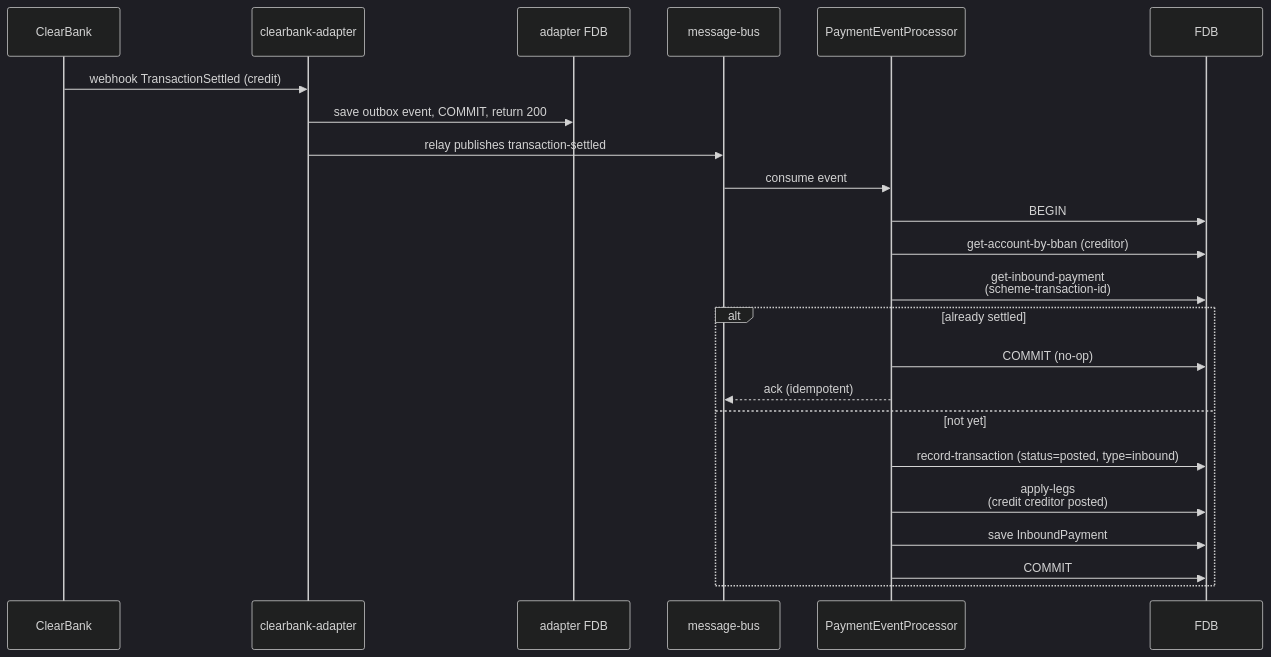
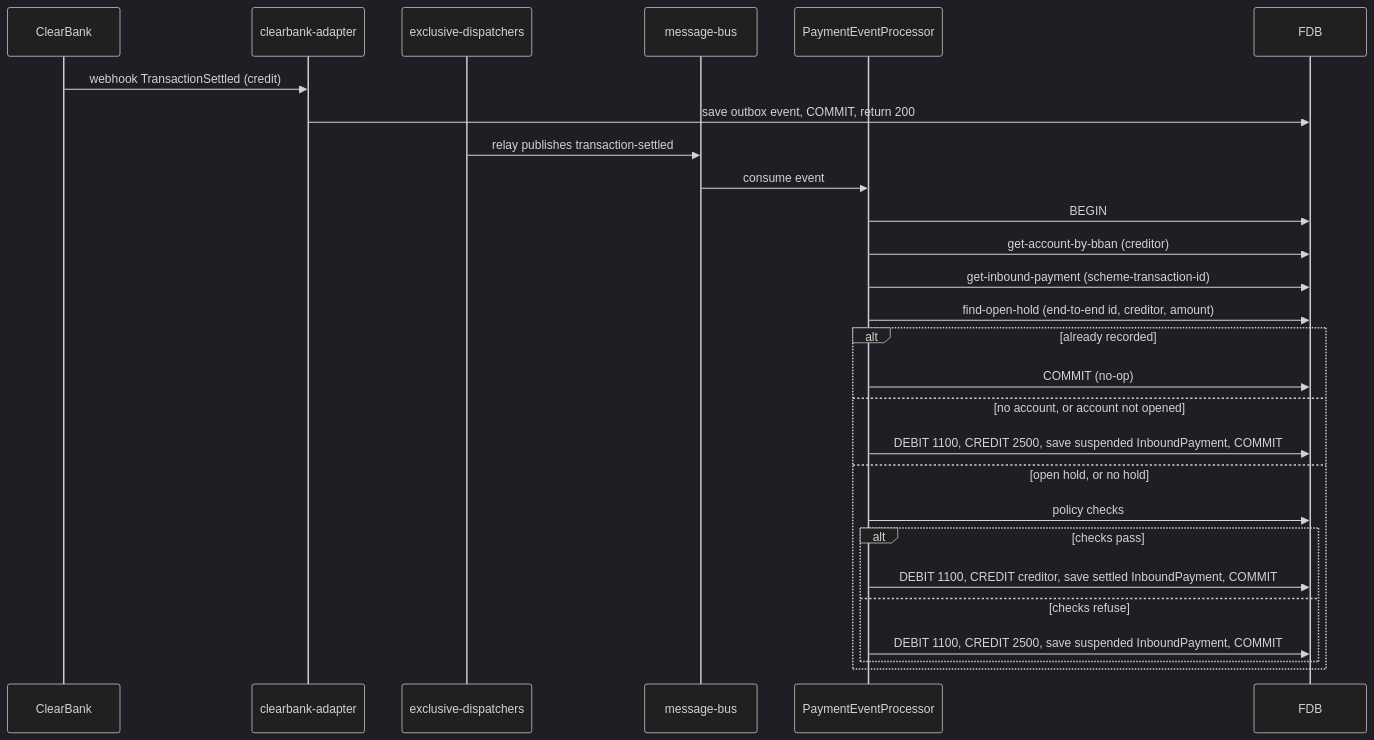
The sixth of 6 diagrams in docs/tdd/payments.md (repldriven/queenswood), drawn with Mermaid (dark theme) before and after one commit. The commit also changed other lines of this file and 2 other files, not shown here.

First line of the commit message:
Describe the built payments system in the payments, idempotency and policy TDDs

````diff
--- a/docs/tdd/payments.md
+++ b/docs/tdd/payments.md
@@ -308,26 +346,30 @@
 ```mermaid
 sequenceDiagram
     participant C as ClearBank
     participant A as clearbank-adapter
-    participant AF as adapter FDB
+    participant X as exclusive-dispatchers
     participant B as message-bus
     participant E as PaymentEventProcessor
     participant F as FDB
 
     C->>A: webhook TransactionSettled (credit)
-    A->>AF: save outbox event, COMMIT, return 200
-    A->>B: relay publishes transaction-settled
+    A->>F: save outbox event, COMMIT, return 200
+    X->>B: relay publishes transaction-settled
     B->>E: consume event
     E->>F: BEGIN
     E->>F: get-account-by-bban (creditor)
-    E->>F: get-inbound-payment<br/>(scheme-transaction-id)
-    alt already settled
+    E->>F: get-inbound-payment (scheme-transaction-id)
+    E->>F: find-open-hold (end-to-end id, creditor, amount)
+    alt already recorded
         E->>F: COMMIT (no-op)
-        E-->>B: ack (idempotent)
-    else not yet
-        E->>F: record-transaction (status=posted, type=inbound)
-        E->>F: apply-legs<br/>(credit creditor posted)
-        E->>F: save InboundPayment
-        E->>F: COMMIT
+    else no account, or account not opened
+        E->>F: DEBIT 1100, CREDIT 2500, save suspended InboundPayment, COMMIT
+    else open hold, or no hold
+        E->>F: policy checks
+        alt checks pass
+            E->>F: DEBIT 1100, CREDIT creditor, save settled InboundPayment, COMMIT
+        else checks refuse
+            E->>F: DEBIT 1100, CREDIT 2500, save suspended InboundPayment, COMMIT
+        end
     end
 ```
````
